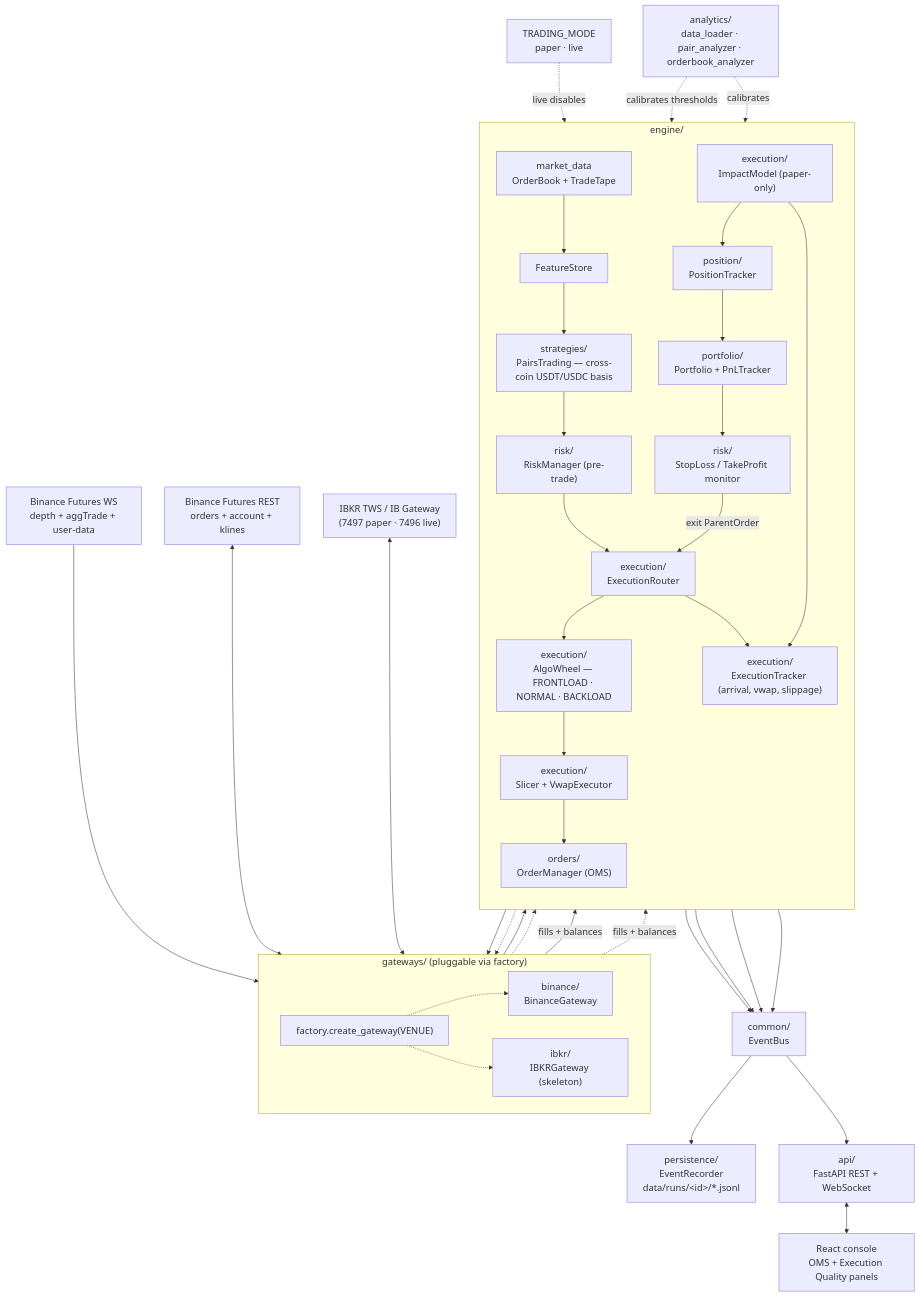
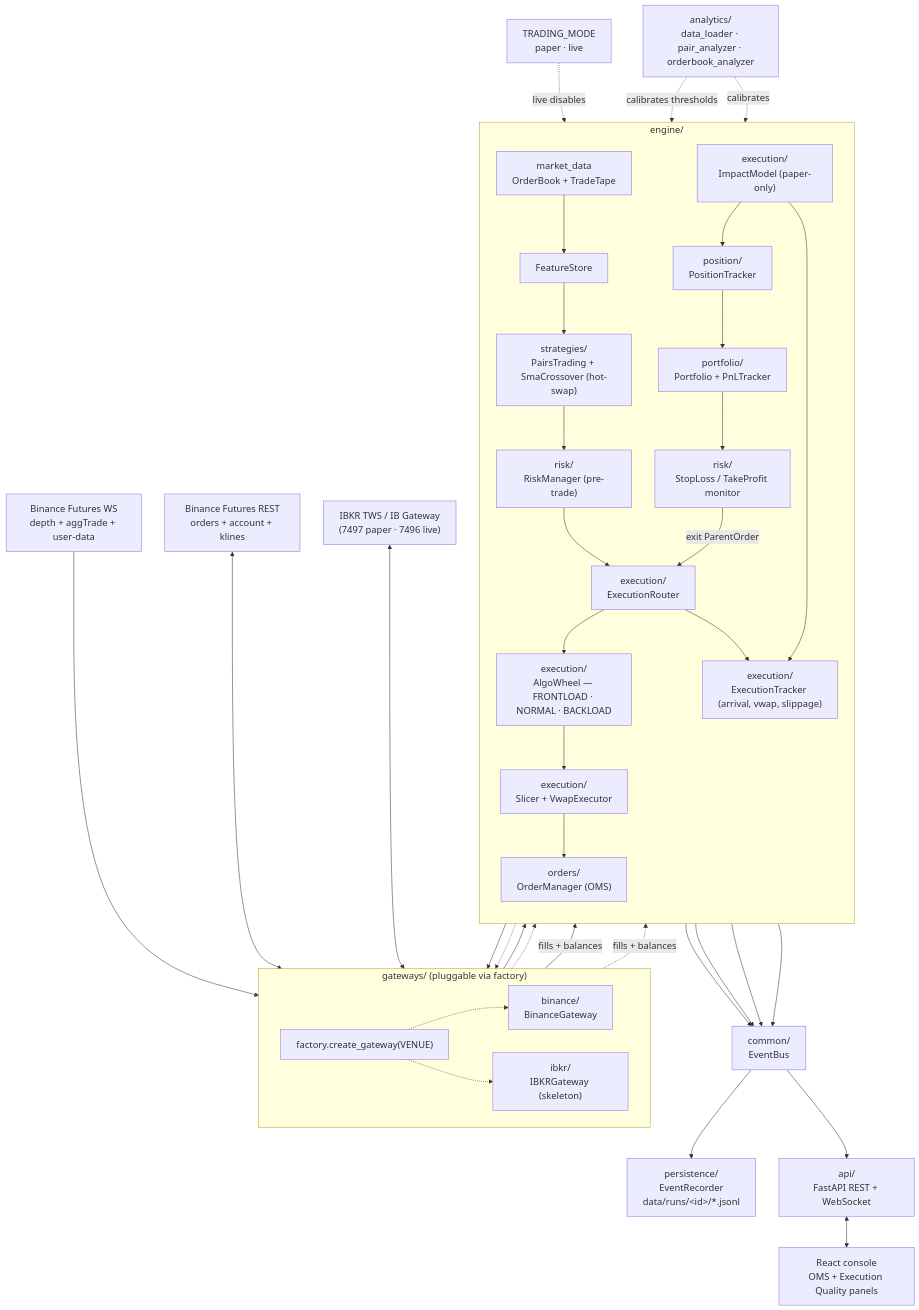
The diagram in README.md (Zendragon98/algo-trading-hub), drawn with Mermaid before and after one commit. The commit also changed other lines of this file and 80 other files, not shown here.

````diff
--- a/README.md
+++ b/README.md
@@ -7,69 +7,69 @@
 ```mermaid
 %%{init: {"flowchart": {"useMaxWidth": false, "htmlLabels": true, "nodeSpacing": 45, "rankSpacing": 60}, "themeVariables": {"fontSize": "18px"}}}%%
 flowchart TB
     BinanceWs["Binance Futures WS<br/>depth + aggTrade + user-data"]
     BinanceRest["Binance Futures REST<br/>orders + account + klines"]
     IbkrTws["IBKR TWS / IB Gateway<br/>(7497 paper · 7496 live)"]
 
     subgraph gw ["gateways/ (pluggable via factory)"]
         direction LR
         Factory["factory.create_gateway(VENUE)"]
         BinanceGw["binance/<br/>BinanceGateway"]
         IbkrGw["ibkr/<br/>IBKRGateway (skeleton)"]
         Factory -.-> BinanceGw
         Factory -.-> IbkrGw
     end
     BinanceWs --> BinanceGw
     BinanceRest <--> BinanceGw
     IbkrTws <--> IbkrGw
 
     subgraph eng ["engine/"]
         direction TB
         MarketData["market_data<br/>OrderBook + TradeTape"]
         Features["FeatureStore"]
-        Strategy["strategies/<br/>PairsTrading — cross-coin USDT/USDC basis"]
+        Strategy["strategies/<br/>PairsTrading + SmaCrossover (hot-swap)"]
         Risk["risk/<br/>RiskManager (pre-trade)"]
         Router["execution/<br/>ExecutionRouter"]
         Wheel["execution/<br/>AlgoWheel — FRONTLOAD · NORMAL · BACKLOAD"]
         Slicer["execution/<br/>Slicer + VwapExecutor"]
         OrderMgr["orders/<br/>OrderManager (OMS)"]
         Tracker["execution/<br/>ExecutionTracker (arrival, vwap, slippage)"]
         Impact["execution/<br/>ImpactModel (paper-only)"]
         Position["position/<br/>PositionTracker"]
         Portfolio["portfolio/<br/>Portfolio + PnLTracker"]
         RiskMon["risk/<br/>StopLoss / TakeProfit monitor"]
 
         MarketData --> Features --> Strategy --> Risk --> Router
         Router --> Wheel --> Slicer --> OrderMgr
         Router --> Tracker
         Impact --> Position --> Portfolio --> RiskMon
         Impact --> Tracker
         RiskMon -->|exit ParentOrder| Router
     end
 
     BinanceGw --> MarketData
     IbkrGw -.-> MarketData
     OrderMgr --> BinanceGw
     OrderMgr -.-> IbkrGw
     BinanceGw -->|fills + balances| Impact
     IbkrGw -.->|fills + balances| Impact
 
     Mode["TRADING_MODE<br/>paper · live"] -.->|live disables| Impact
 
     Bus["common/<br/>EventBus"]
     Portfolio --> Bus
     OrderMgr --> Bus
     Tracker --> Bus
     MarketData --> Bus
 
     Recorder["persistence/<br/>EventRecorder<br/>data/runs/&lt;id&gt;/*.jsonl"]
     API["api/<br/>FastAPI REST + WebSocket"]
     FE["React console<br/>OMS + Execution Quality panels"]
     Bus --> Recorder
     Bus --> API
     API <--> FE
 
     Analytics["analytics/<br/>data_loader · pair_analyzer · orderbook_analyzer"]
     Analytics -.->|calibrates thresholds| Strategy
     Analytics -.->|calibrates| Wheel
 ```
````
